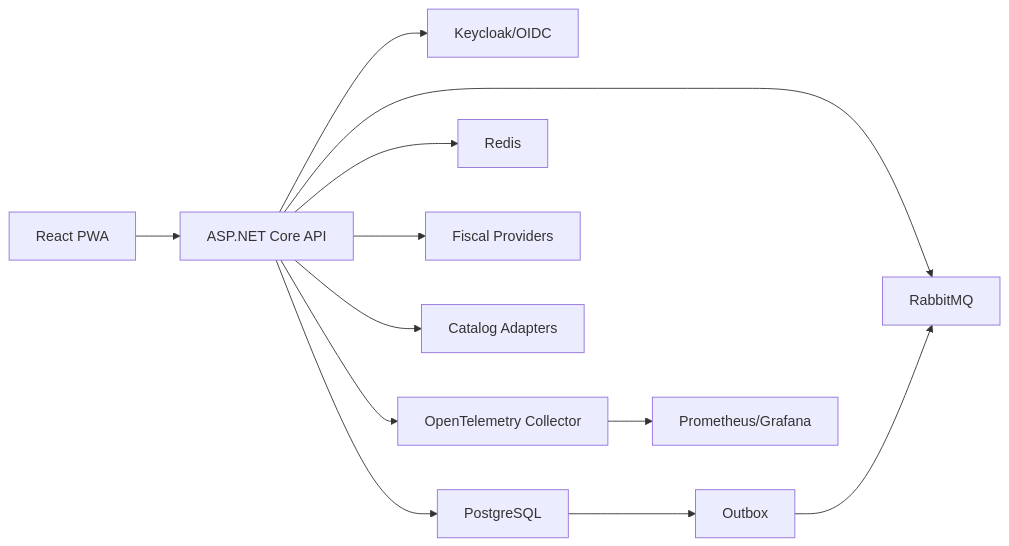
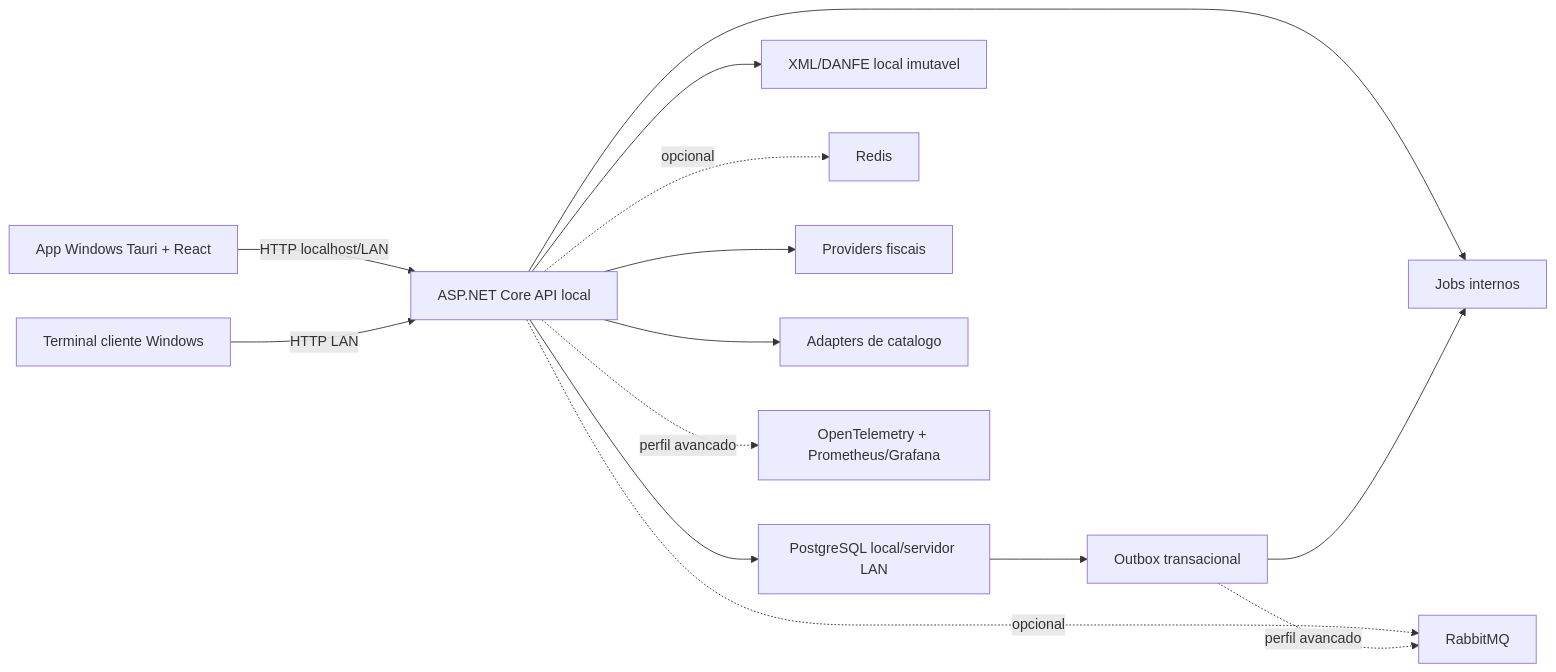
The diagram in docs/architecture.md (silver1707/project-atlas), drawn with Mermaid before and after one commit. The commit also changed other lines of this file and 142 other files, not shown here.

````diff
--- a/docs/architecture.md
+++ b/docs/architecture.md
@@ -7,14 +7,16 @@
 ```mermaid
 flowchart LR
-  Web["React PWA"] --> Api["ASP.NET Core API"]
-  Api --> Auth["Keycloak/OIDC"]
-  Api --> Pg["PostgreSQL"]
-  Api --> Redis["Redis"]
-  Api --> Rabbit["RabbitMQ"]
-  Api --> FiscalProvider["Fiscal Providers"]
-  Api --> CatalogProvider["Catalog Adapters"]
-  Pg --> Outbox["Outbox"]
-  Outbox --> Rabbit
-  Api --> OTel["OpenTelemetry Collector"]
-  OTel --> Prom["Prometheus/Grafana"]
+  Desktop["App Windows Tauri + React"] -->|HTTP localhost/LAN| Api["ASP.NET Core API local"]
+  Terminal["Terminal cliente Windows"] -->|HTTP LAN| Api
+  Api --> Pg["PostgreSQL local/servidor LAN"]
+  Api --> Xml["XML/DANFE local imutavel"]
+  Api --> Jobs["Jobs internos"]
+  Api -. opcional .-> Redis["Redis"]
+  Api -. opcional .-> Rabbit["RabbitMQ"]
+  Api --> FiscalProvider["Providers fiscais"]
+  Api --> CatalogProvider["Adapters de catalogo"]
+  Pg --> Outbox["Outbox transacional"]
+  Outbox --> Jobs
+  Outbox -. perfil avancado .-> Rabbit
+  Api -. perfil avancado .-> OTel["OpenTelemetry + Prometheus/Grafana"]
 ```
````
